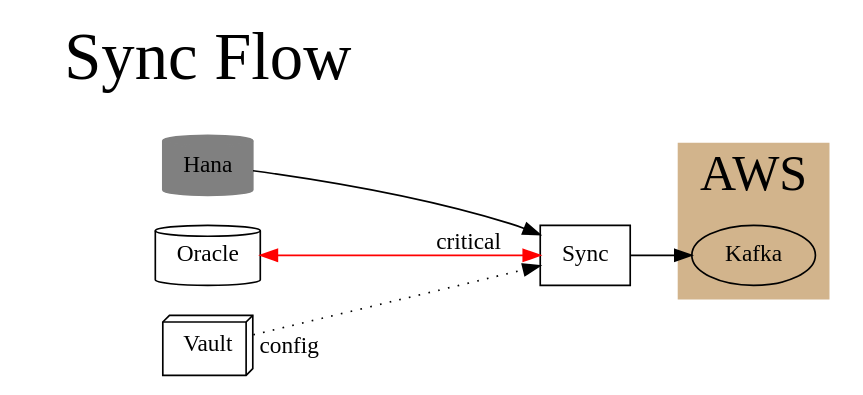
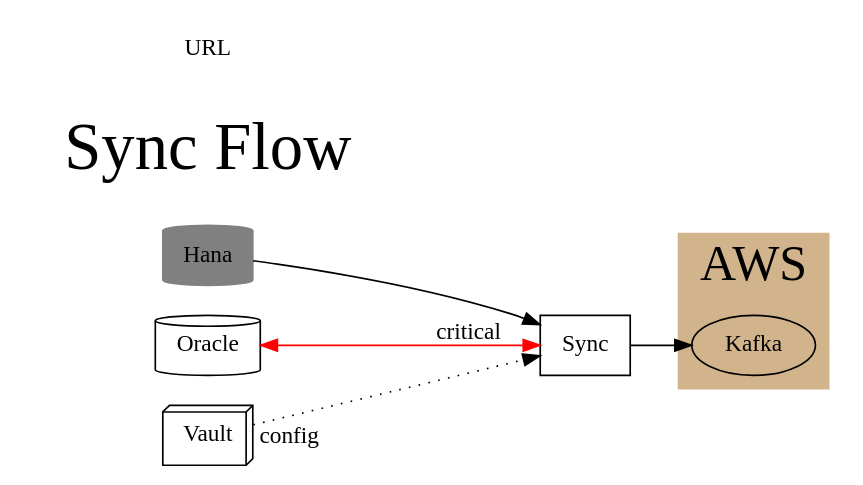
The diagram in whiteboard.dot (curtcox/practical-graphviz), drawn with Graphviz before and after one commit. The commit also changed 31 other files, not shown here.

```diff
--- a/whiteboard.dot
+++ b/whiteboard.dot
@@ -1,41 +1,33 @@
 digraph G {
 
 # Which way does sync go?
 Hana -> Sync -> Kafka
-#Kafka-> materials -> Hana
+#Kafka-> Sync -> Hana
 
 # It's clearer to me left to right
 rankdir=LR
 
 # Hana is a database
 Hana [shape=cylinder]
 
 # Sync is an app
 Sync [shape = box]
 
 # Sync, does that, but Oracle is the preferred database, now
-Hana [style=filled color=gray]
-Oracle [shape=cylinder]
+Hana [style=filled color=gray] Oracle [shape=cylinder]
 
 # Also, the Oracle connection is a critical read/write connection.
 Oracle -> Sync [dir=both color=red label=critical]
 
 # And Kafka is hosted offsite in AWS
-subgraph cluster_AWS {
- label = "AWS"
- style=filled
- color=tan
- fontsize=30
- Kafka
-}
+subgraph cluster_AWS { label = "AWS" style=filled color=tan fontsize=30 Kafka }
 
 # Actually, the details of Sync are configured by Vault
-Vault[shape=box3d]
-Vault -> Sync [taillabel=config style=dotted]
+Vault[shape=box3d] Vault -> Sync [taillabel=config style=dotted]
 
 # We should give this a title
 "Sync Flow"[shape=none fontsize=40]
 
 # Can you email this to me?
-# https://dreampuf.github.io/GraphvizOnline/#digraph%20G%20%7B%0A%0AHana%20-%3E%20Sync%20-%3E%20Kafka%0Arankdir%3DLR%0A%0AHana%20%5Bshape%3Dcylinder%5D%0A%0ASync%20%5Bshape%20%3D%20box%5D%0A%0AHana%20%5Bstyle%3Dfilled%20color%3Dgray%5D%0AOracle%20%5Bshape%3Dcylinder%5D%0AOracle%20-%3E%20Sync%20%5Bdir%3Dboth%20color%3Dred%5D%0A%0Asubgraph%20cluster_AWS%20%7B%0A%20label%20%3D%20%22AWS%22%0A%20style%3Dfilled%0A%20color%3Dtan%0A%20fontsize%3D30%0A%20Kafka%0A%7D%0A%0AVault%5Bshape%3Dbox3d%5D%0AVault%20-%3E%20Sync%20%5Blabel%3Dconfig%20style%3Ddotted%5D%0A%0A%22Sync%20Flow%22%5Bshape%3Dnone%20fontsize%3D40%5D%0A%0A%7D%0A
+URL[shape=none URL="https://dreampuf.github.io/GraphvizOnline/?url=https://raw.githubusercontent.com/curtcox/practical-graphviz/master/whiteboard.dot"]
 }
```
